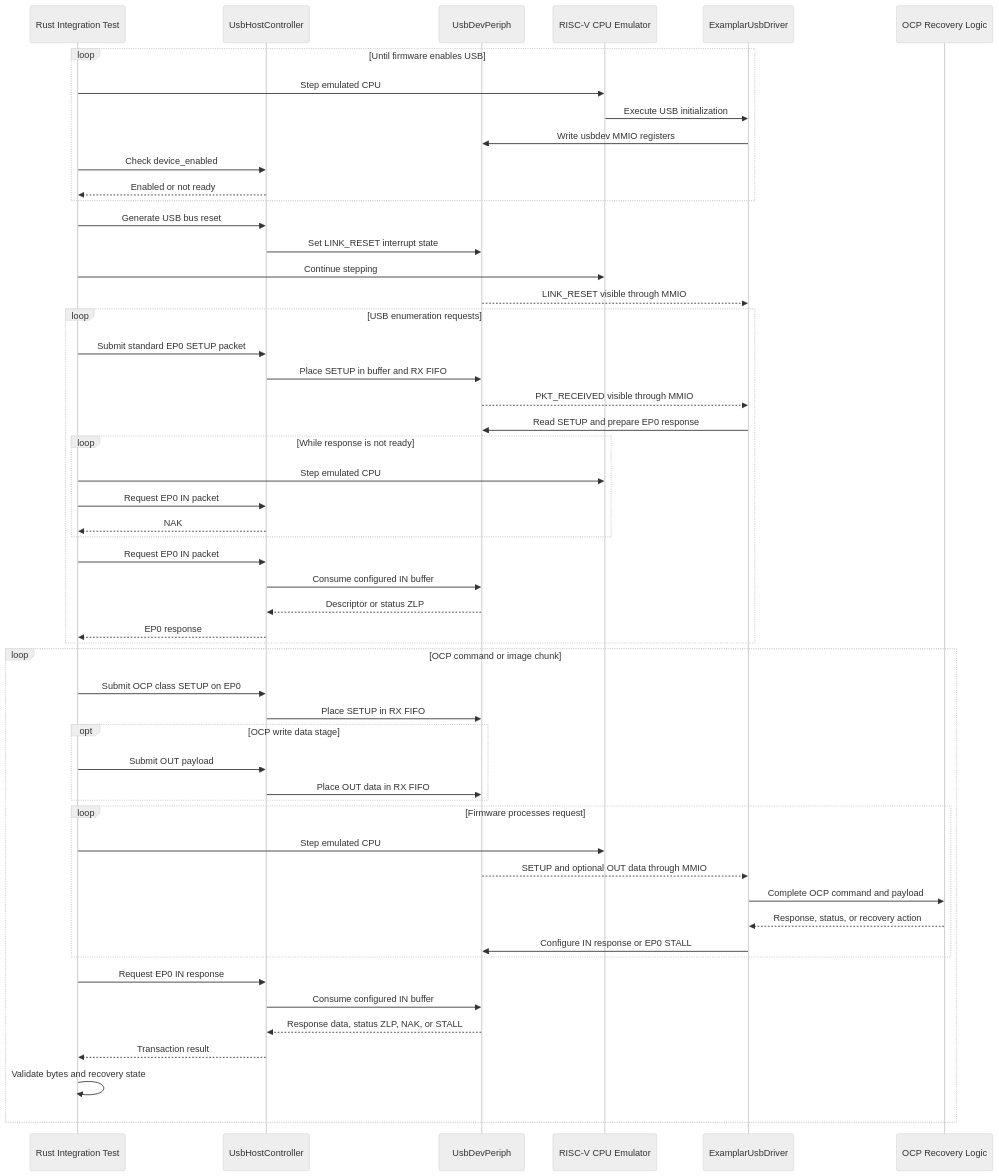
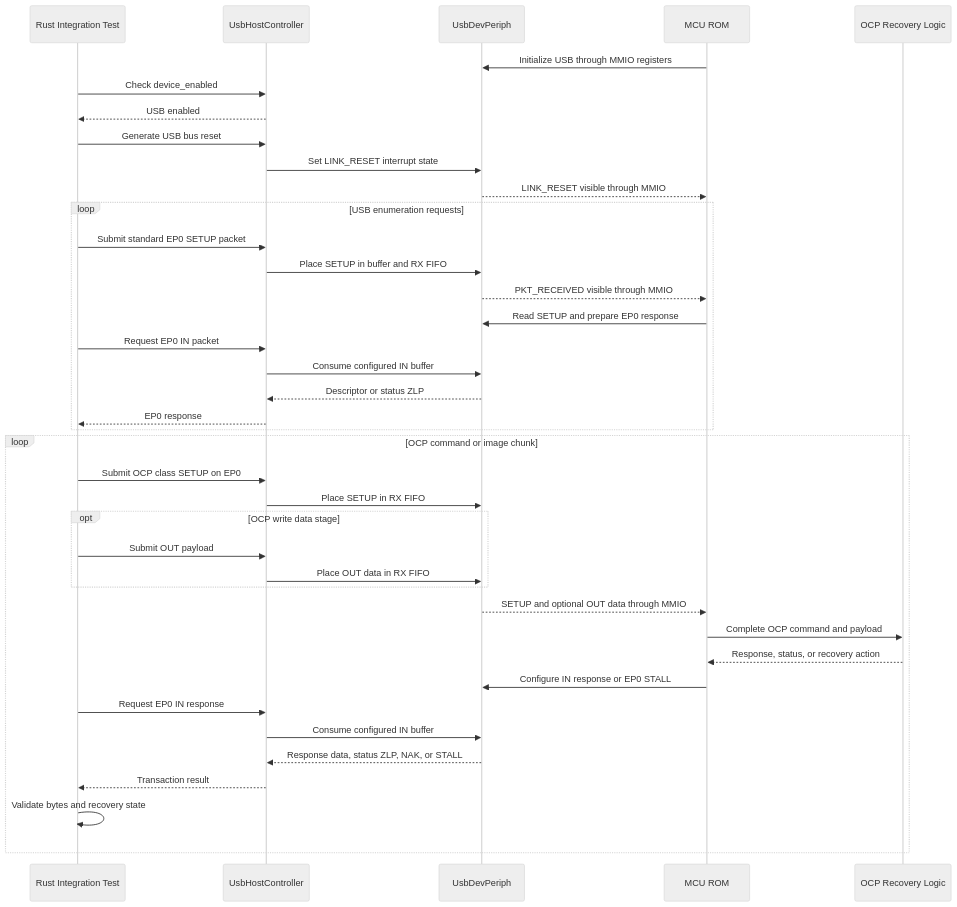
The fifth of 5 diagrams in docs/src/usb_recovery_emulation.md (chipsalliance/caliptra-mcu-sw), drawn with Mermaid (neutral theme) before and after one commit. The commit also changed other lines of this file and 3 other files, not shown here.

Commit message:
Add more diagrams

````diff
--- a/docs/src/usb_recovery_emulation.md
+++ b/docs/src/usb_recovery_emulation.md
@@ -348,61 +398,47 @@
 ```mermaid
 sequenceDiagram
     participant Test as Rust Integration Test
     participant Host as UsbHostController
     participant Dev as UsbDevPeriph
-    participant CPU as RISC-V CPU Emulator
-    participant Driver as ExamplarUsbDriver
+    participant ROM as MCU ROM
     participant Recovery as OCP Recovery Logic
 
-    loop Until firmware enables USB
-        Test->>CPU: Step emulated CPU
-        CPU->>Driver: Execute USB initialization
-        Driver->>Dev: Write usbdev MMIO registers
-        Test->>Host: Check device_enabled
-        Host-->>Test: Enabled or not ready
-    end
+    ROM->>Dev: Initialize USB through MMIO registers
+    Test->>Host: Check device_enabled
+    Host-->>Test: USB enabled
 
     Test->>Host: Generate USB bus reset
     Host->>Dev: Set LINK_RESET interrupt state
-    Test->>CPU: Continue stepping
-    Dev-->>Driver: LINK_RESET visible through MMIO
+    Dev-->>ROM: LINK_RESET visible through MMIO
 
     loop USB enumeration requests
         Test->>Host: Submit standard EP0 SETUP packet
         Host->>Dev: Place SETUP in buffer and RX FIFO
-        Dev-->>Driver: PKT_RECEIVED visible through MMIO
-        Driver->>Dev: Read SETUP and prepare EP0 response
-        loop While response is not ready
-            Test->>CPU: Step emulated CPU
-            Test->>Host: Request EP0 IN packet
-            Host-->>Test: NAK
-        end
+        Dev-->>ROM: PKT_RECEIVED visible through MMIO
+        ROM->>Dev: Read SETUP and prepare EP0 response
         Test->>Host: Request EP0 IN packet
         Host->>Dev: Consume configured IN buffer
         Dev-->>Host: Descriptor or status ZLP
         Host-->>Test: EP0 response
     end
 
     loop OCP command or image chunk
         Test->>Host: Submit OCP class SETUP on EP0
         Host->>Dev: Place SETUP in RX FIFO
         opt OCP write data stage
             Test->>Host: Submit OUT payload
             Host->>Dev: Place OUT data in RX FIFO
         end
 
-        loop Firmware processes request
-            Test->>CPU: Step emulated CPU
-            Dev-->>Driver: SETUP and optional OUT data through MMIO
-            Driver->>Recovery: Complete OCP command and payload
-            Recovery-->>Driver: Response, status, or recovery action
-            Driver->>Dev: Configure IN response or EP0 STALL
-        end
+        Dev-->>ROM: SETUP and optional OUT data through MMIO
+        ROM->>Recovery: Complete OCP command and payload
+        Recovery-->>ROM: Response, status, or recovery action
+        ROM->>Dev: Configure IN response or EP0 STALL
 
         Test->>Host: Request EP0 IN response
         Host->>Dev: Consume configured IN buffer
         Dev-->>Host: Response data, status ZLP, NAK, or STALL
         Host-->>Test: Transaction result
         Test->>Test: Validate bytes and recovery state
     end
 ```
````
